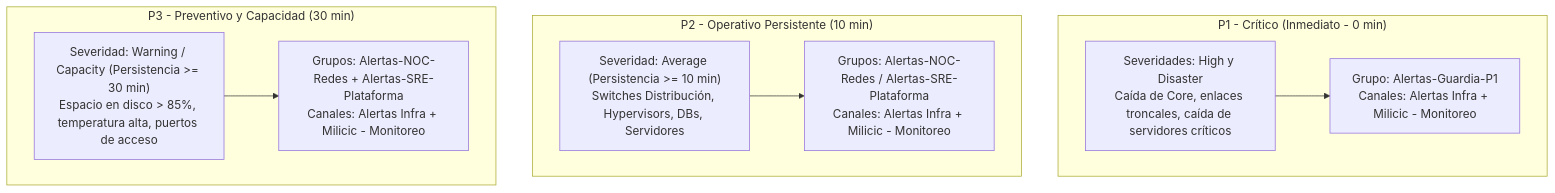
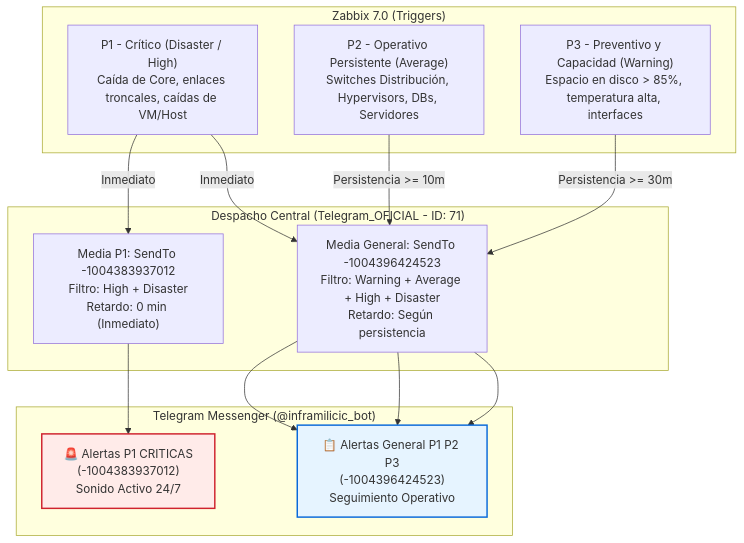
One commit to larentimatias7-oss/zbx changed the diagram in docs/zabbix/manuals/02-modelo-alertas-y-escalamiento.md. Above: the diagram before and after it, drawn with Mermaid. The commit also changed other lines of this file and 22 other files, not shown here.

Commit message:
Alertas 2 Grupos y documentacion

````diff
--- a/docs/zabbix/manuals/02-modelo-alertas-y-escalamiento.md
+++ b/docs/zabbix/manuals/02-modelo-alertas-y-escalamiento.md
@@ -21,17 +26,26 @@
 ```mermaid
-graph TD
-    subgraph P1["P1 - Crítico (Inmediato - 0 min)"]
-        A1["Severidades: High y Disaster\nCaída de Core, enlaces troncales, caída de servidores críticos"]
-        A1 --> G1["Grupo: Alertas-Guardia-P1\nCanales: Alertas Infra + Milicic - Monitoreo"]
+flowchart TD
+    subgraph Eventos["Zabbix 7.0 (Triggers)"]
+        P1["P1 - Crítico (Disaster / High)\nCaída de Core, enlaces troncales, caídas de VM/Host"]
+        P2["P2 - Operativo Persistente (Average)\nSwitches Distribución, Hypervisors, DBs, Servidores"]
+        P3["P3 - Preventivo y Capacidad (Warning)\nEspacio en disco > 85%, temperatura alta, interfaces"]
     end
 
-    subgraph P2["P2 - Operativo Persistente (10 min)"]
-        B1["Severidad: Average (Persistencia >= 10 min)\nSwitches Distribución, Hypervisors, DBs, Servidores"]
-        B1 --> G2["Grupos: Alertas-NOC-Redes / Alertas-SRE-Plataforma\nCanales: Alertas Infra + Milicic - Monitoreo"]
+    subgraph ZBX["Despacho Central (Telegram_OFICIAL - ID: 71)"]
+        M1["Media P1: SendTo -1004383937012\nFiltro: High + Disaster\nRetardo: 0 min (Inmediato)"]
+        M2["Media General: SendTo -1004396424523\nFiltro: Warning + Average + High + Disaster\nRetardo: Según persistencia"]
     end
 
-    subgraph P3["P3 - Preventivo y Capacidad (30 min)"]
-        C1["Severidad: Warning / Capacity (Persistencia >= 30 min)\nEspacio en disco > 85%, temperatura alta, puertos de acceso"]
-        C1 --> G3["Grupos: Alertas-NOC-Redes + Alertas-SRE-Plataforma\nCanales: Alertas Infra + Milicic - Monitoreo"]
+    subgraph TG["Telegram Messenger (@inframilicic_bot)"]
+        G1["🚨 Alertas P1 CRITICAS\n(-1004383937012)\nSonido Activo 24/7"]
+        G2["📋 Alertas General P1 P2 P3\n(-1004396424523)\nSeguimiento Operativo"]
     end
+
+    P1 -->|Inmediato| M1 --> G1
+    P1 -->|Inmediato| M2 --> G2
+    P2 -->|Persistencia >= 10m| M2 --> G2
+    P3 -->|Persistencia >= 30m| M2 --> G2
+
+    style G1 fill:#ffebe9,stroke:#cf222e,stroke-width:2px
+    style G2 fill:#e6f4ff,stroke:#0969da,stroke-width:2px
 ```
````
